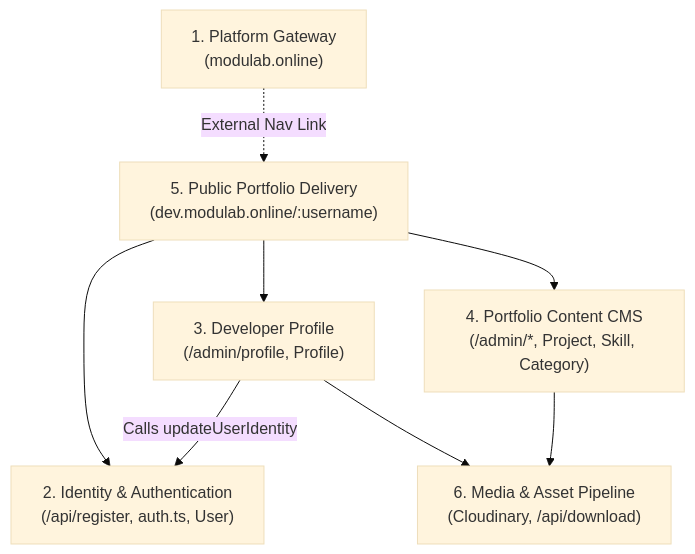
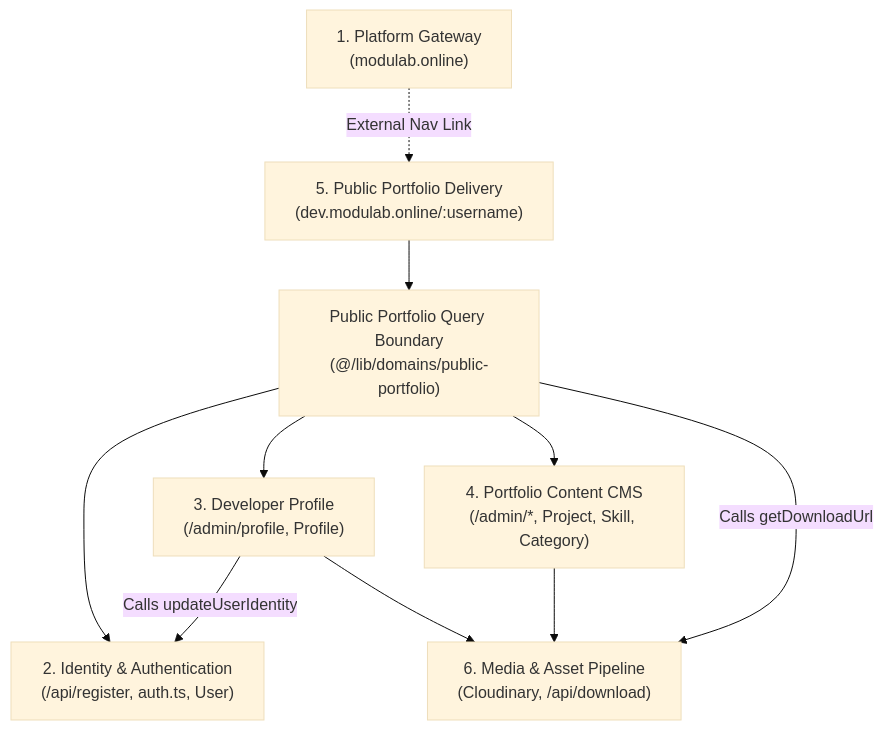
The fourth of 6 diagrams in docs/architecture/ARCHITECTURE.md (harishghorui/modulab-portfolio), drawn with Mermaid (base theme) before and after one commit. The commit also changed other lines of this file and 2 other files, not shown here.

Commit message:
docs(architecture): align boundaries with public query contract

````diff
--- a/docs/architecture/ARCHITECTURE.md
+++ b/docs/architecture/ARCHITECTURE.md
@@ -213,17 +216,20 @@
 ```mermaid
 graph TD
     PlatformGateway["1. Platform Gateway<br/>(modulab.online)"]
     IdentityDomain["2. Identity & Authentication<br/>(/api/register, auth.ts, User)"]
     ProfileDomain["3. Developer Profile<br/>(/admin/profile, Profile)"]
     CMSDomain["4. Portfolio Content CMS<br/>(/admin/*, Project, Skill, Category)"]
     PublicDelivery["5. Public Portfolio Delivery<br/>(dev.modulab.online/:username)"]
+    PublicQueryBoundary["Public Portfolio Query Boundary<br/>(@/lib/domains/public-portfolio)"]
     MediaPipeline["6. Media & Asset Pipeline<br/>(Cloudinary, /api/download)"]
 
     PlatformGateway -.->|External Nav Link| PublicDelivery
     ProfileDomain -->|Calls updateUserIdentity| IdentityDomain
     ProfileDomain --> MediaPipeline
     CMSDomain --> MediaPipeline
-    PublicDelivery --> IdentityDomain
-    PublicDelivery --> ProfileDomain
-    PublicDelivery --> CMSDomain
+    PublicDelivery --> PublicQueryBoundary
+    PublicQueryBoundary --> IdentityDomain
+    PublicQueryBoundary --> ProfileDomain
+    PublicQueryBoundary --> CMSDomain
+    PublicQueryBoundary -->|Calls getDownloadUrl| MediaPipeline
 ```
````
